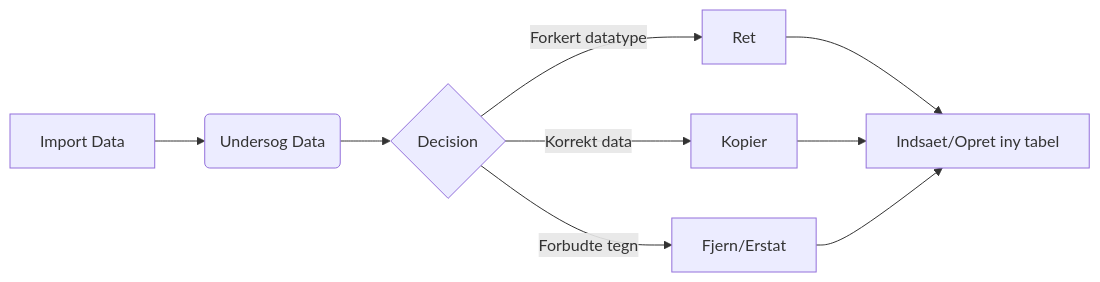
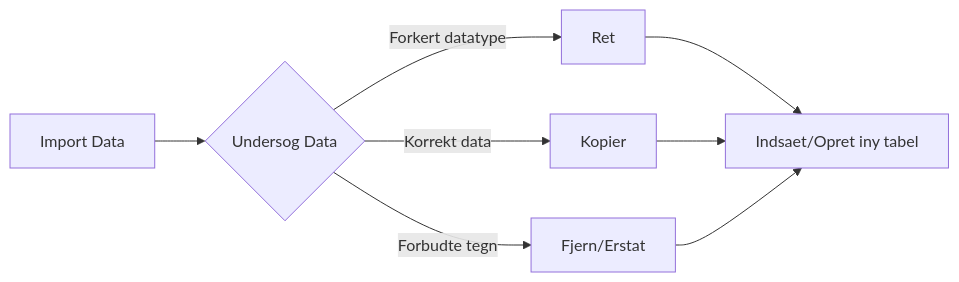
The diagram in uheld/readme.md (TRG-BUILD/VTT6), drawn with Mermaid before and after one commit.

````diff
--- a/uheld/readme.md
+++ b/uheld/readme.md
@@ -9,8 +9,7 @@
 ```mermaid
 flowchart LR;
-    A[Import Data]-->B(Undersog Data);
-    B-->C{Decision};
+    A[Import Data]-->C{Undersog Data};
     C-->|Forkert datatype| d[Ret] --> z;
     C-->|Korrekt data| e[Kopier] --> z;
     C-->|Forbudte tegn| F[Fjern/Erstat] --> z[Indsaet/Opret iny tabel]
 ```
````
